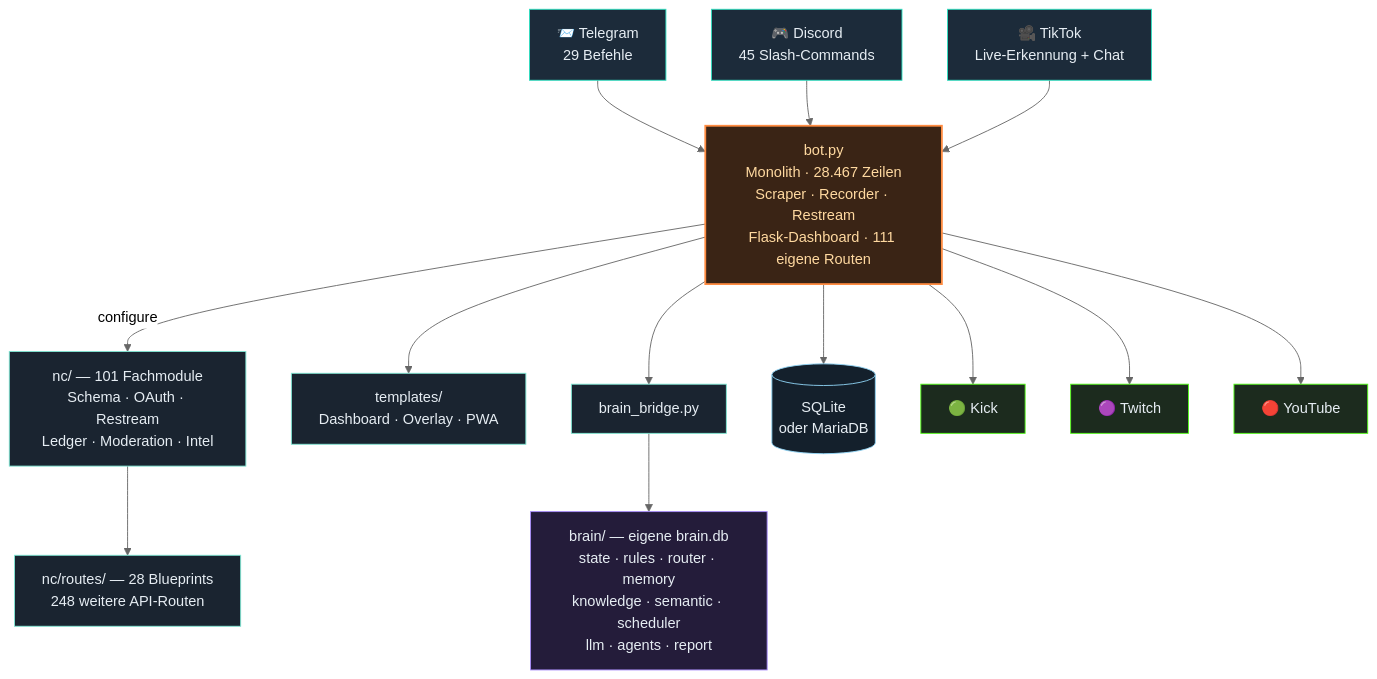
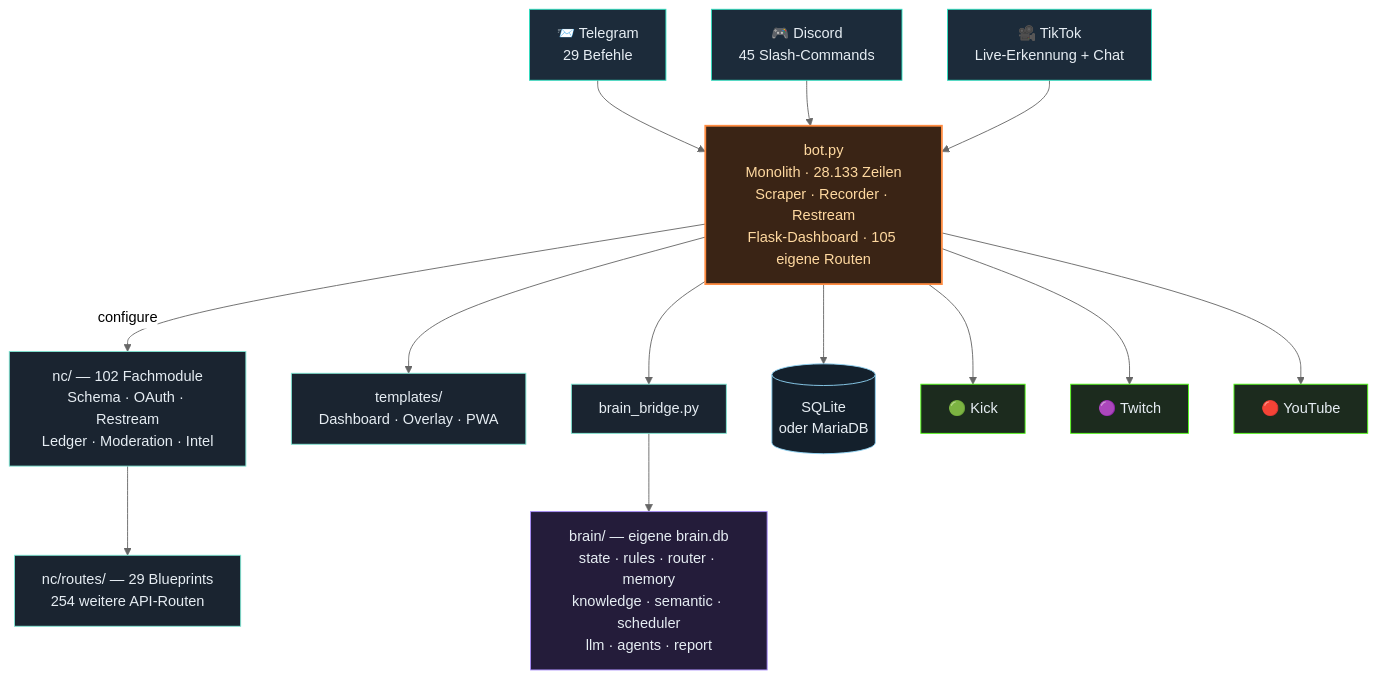
One commit to itsamemedev/Telegram-Stream-Info-Bot changed the third of 4 diagrams in README.md. Above: the diagram before and after it, drawn with Mermaid (neutral theme). The commit also changed other lines of this file and 14 other files, not shown here.

````diff
--- a/README.md
+++ b/README.md
@@ -189,30 +189,30 @@
 ```mermaid
 flowchart TB
     TG["📨 Telegram<br/>29 Befehle"]:::ein
     DC["🎮 Discord<br/>45 Slash-Commands"]:::ein
     TT["🎥 TikTok<br/>Live-Erkennung + Chat"]:::ein
 
     TG --> BOT
     DC --> BOT
     TT --> BOT
 
-    BOT["bot.py<br/>Monolith · 28.467 Zeilen<br/>Scraper · Recorder · Restream<br/>Flask-Dashboard · 111 eigene Routen"]:::core
+    BOT["bot.py<br/>Monolith · 28.133 Zeilen<br/>Scraper · Recorder · Restream<br/>Flask-Dashboard · 105 eigene Routen"]:::core
 
-    BOT -->|configure| NC["nc/ — 101 Fachmodule<br/>Schema · OAuth · Restream<br/>Ledger · Moderation · Intel"]:::lib
-    NC --> RT["nc/routes/ — 28 Blueprints<br/>248 weitere API-Routen"]:::lib
+    BOT -->|configure| NC["nc/ — 102 Fachmodule<br/>Schema · OAuth · Restream<br/>Ledger · Moderation · Intel"]:::lib
+    NC --> RT["nc/routes/ — 29 Blueprints<br/>254 weitere API-Routen"]:::lib
     BOT --> TPL["templates/<br/>Dashboard · Overlay · PWA"]:::lib
     BOT --> BR["brain_bridge.py"]:::lib
     BR --> BRAIN["brain/ — eigene brain.db<br/>state · rules · router · memory<br/>knowledge · semantic · scheduler<br/>llm · agents · report"]:::brain
     BOT --> DB[("SQLite<br/>oder MariaDB")]:::db
 
     BOT --> KICK["🟢 Kick"]:::out
     BOT --> TW["🟣 Twitch"]:::out
     BOT --> YT["🔴 YouTube"]:::out
 
     classDef ein fill:#1c2b3a,stroke:#2de1c2,color:#e6edf3
     classDef core fill:#3a2415,stroke:#ff8c42,stroke-width:2px,color:#ffd9a0
     classDef lib fill:#1a2430,stroke:#7fe7d4,color:#e6edf3
     classDef brain fill:#241c3a,stroke:#a78bfa,color:#e6edf3
     classDef db fill:#14202c,stroke:#8fd3f4,color:#e6edf3
     classDef out fill:#1c2b1e,stroke:#53fc18,color:#e6edf3
 ```
````
